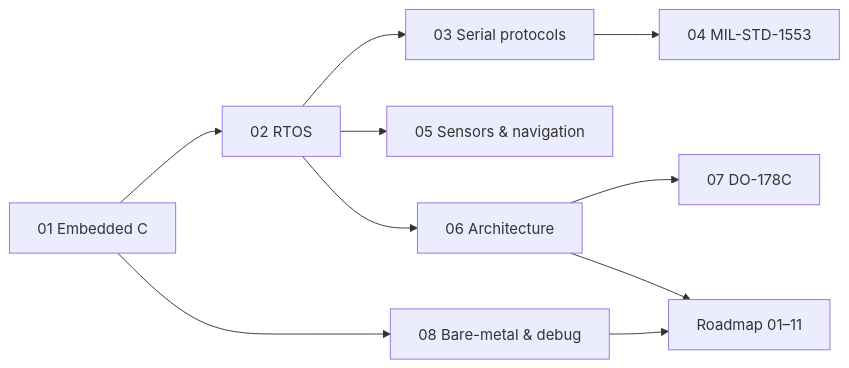
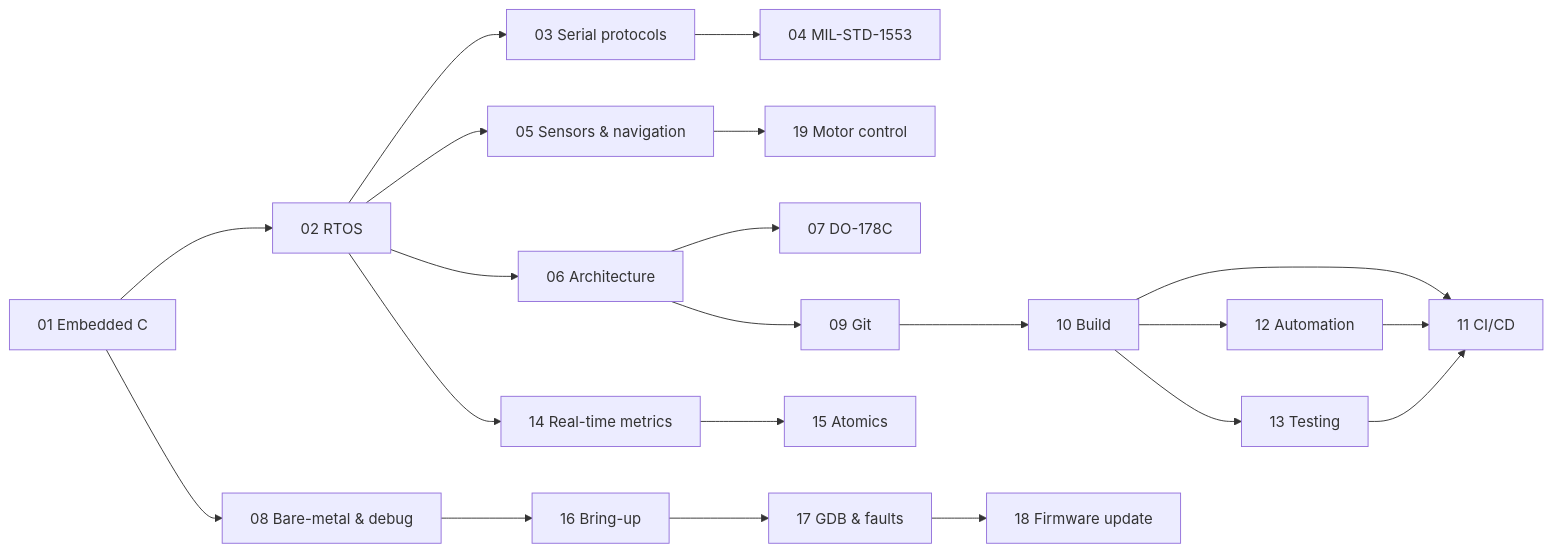
The diagram in README.md (batuuhnk/embedded-handbook), drawn with Mermaid before and after one commit. The commit also changed other lines of this file and 17 other files, not shown here.

First line of the commit message:
Merge roadmap notes into the chapter list

````diff
--- a/README.md
+++ b/README.md
@@ -50,10 +33,13 @@
 ```mermaid
 flowchart LR
     C[01 Embedded C] --> R[02 RTOS]
+    C --> B[08 Bare-metal & debug]
     R --> P[03 Serial protocols] --> M[04 MIL-STD-1553]
-    R --> S[05 Sensors & navigation]
+    R --> S[05 Sensors & navigation] --> MC[19 Motor control]
     R --> A[06 Architecture] --> D[07 DO-178C]
-    C --> B[08 Bare-metal & debug]
-    B --> RM[Roadmap 01–11]
-    A --> RM
+    R --> RT[14 Real-time metrics] --> AT[15 Atomics]
+    B --> BU[16 Bring-up] --> G[17 GDB & faults] --> FU[18 Firmware update]
+    A --> GIT[09 Git] --> BLD[10 Build] --> CI[11 CI/CD]
+    BLD --> PY[12 Automation] --> CI
+    BLD --> T[13 Testing] --> CI
 ```
````
